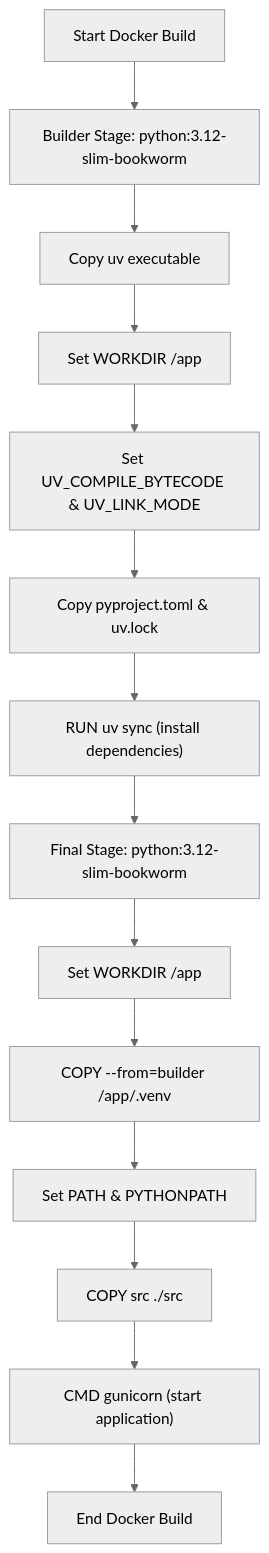
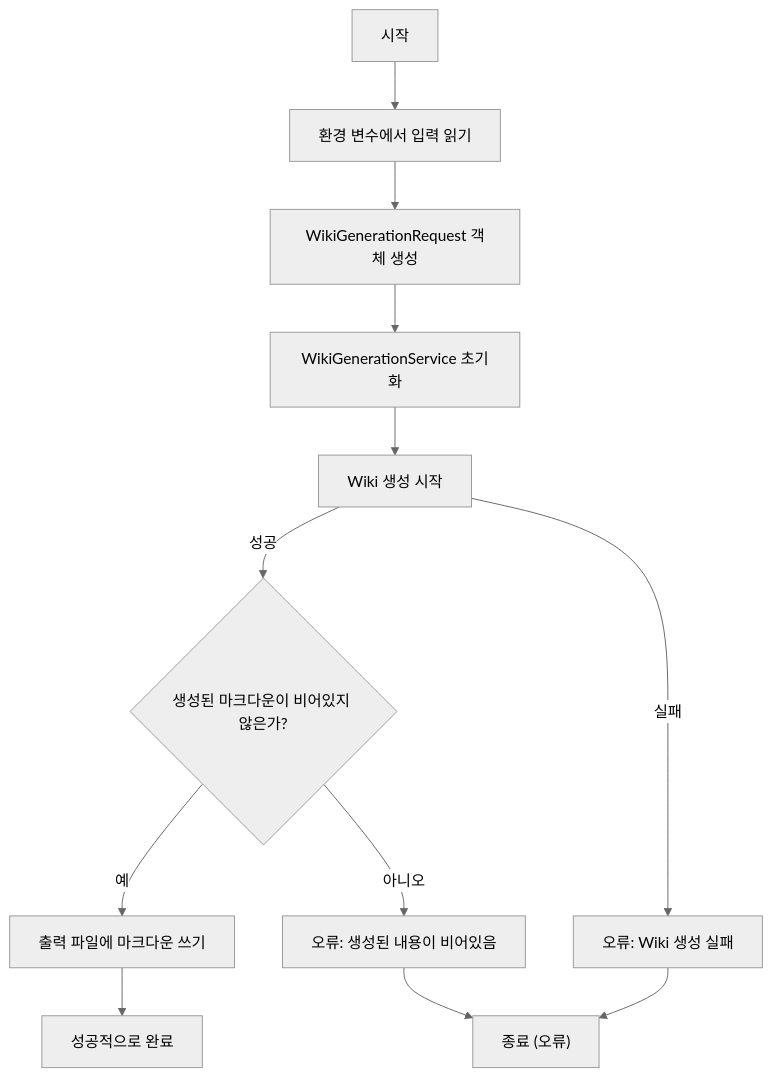
Before and after one commit to catuscio/wiki-as-readme: the fifth of 21 diagrams in examples/wiki_as_README.md, drawn with Mermaid (neutral theme). The commit also changed other lines of this file, not shown here.

Commit message:
docs: ✨Update examples/wiki_as_README.md via Wiki-As-Readme Action

````diff
--- a/examples/wiki_as_README.md
+++ b/examples/wiki_as_README.md
@@ -990,16 +559,14 @@
 ```mermaid
 graph TD
-    A["Start Docker Build"] --> B["Builder Stage: python:3.12-slim-bookworm"]
-    B --> C["Copy uv executable"]
-    C --> D["Set WORKDIR /app"]
-    D --> E["Set UV_COMPILE_BYTECODE & UV_LINK_MODE"]
-    E --> F["Copy pyproject.toml & uv.lock"]
-    F --> G["RUN uv sync (install dependencies)"]
-    G --> H["Final Stage: python:3.12-slim-bookworm"]
-    H --> I["Set WORKDIR /app"]
-    I --> J["COPY --from=builder /app/.venv"]
-    J --> K["Set PATH & PYTHONPATH"]
-    K --> L["COPY src ./src"]
-    L --> M["CMD gunicorn (start application)"]
-    M --> N["End Docker Build"]
+    A["시작"] --> B["환경 변수에서 입력 읽기"];
+    B --> C["WikiGenerationRequest 객체 생성"];
+    C --> D["WikiGenerationService 초기화"];
+    D --> E["Wiki 생성 시작"];
+    E -- "성공" --> F{"생성된 마크다운이 비어있지 않은가?"};
+    F -- "예" --> G["출력 파일에 마크다운 쓰기"];
+    G --> H["성공적으로 완료"];
+    F -- "아니오" --> I["오류: 생성된 내용이 비어있음"];
+    E -- "실패" --> J["오류: Wiki 생성 실패"];
+    I --> K["종료 (오류)"];
+    J --> K;
 ```
````
